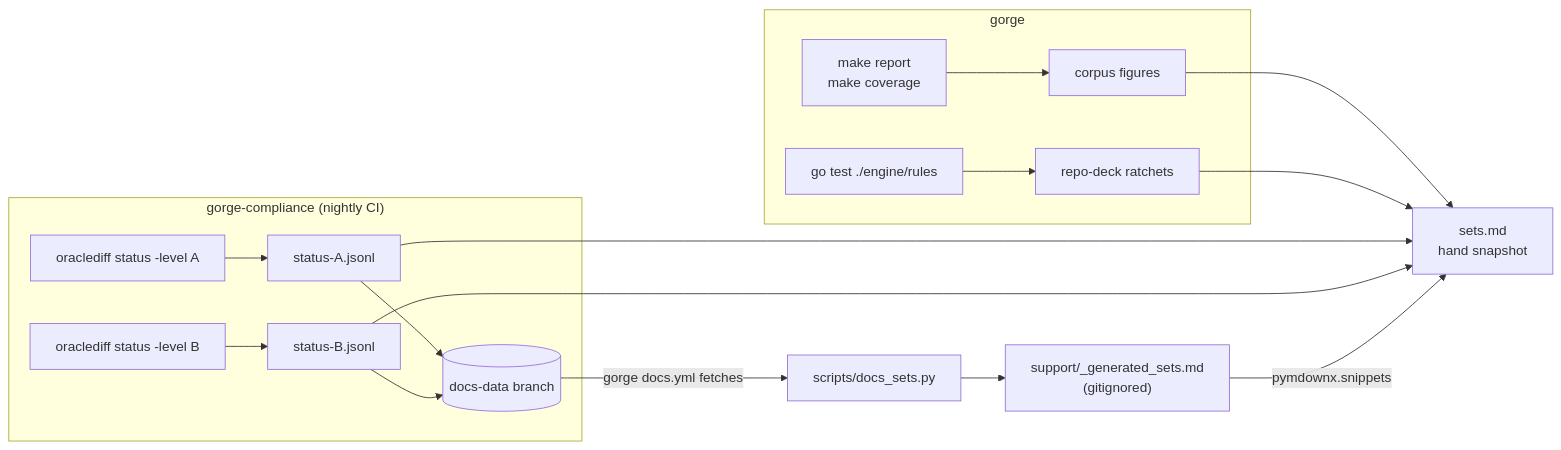
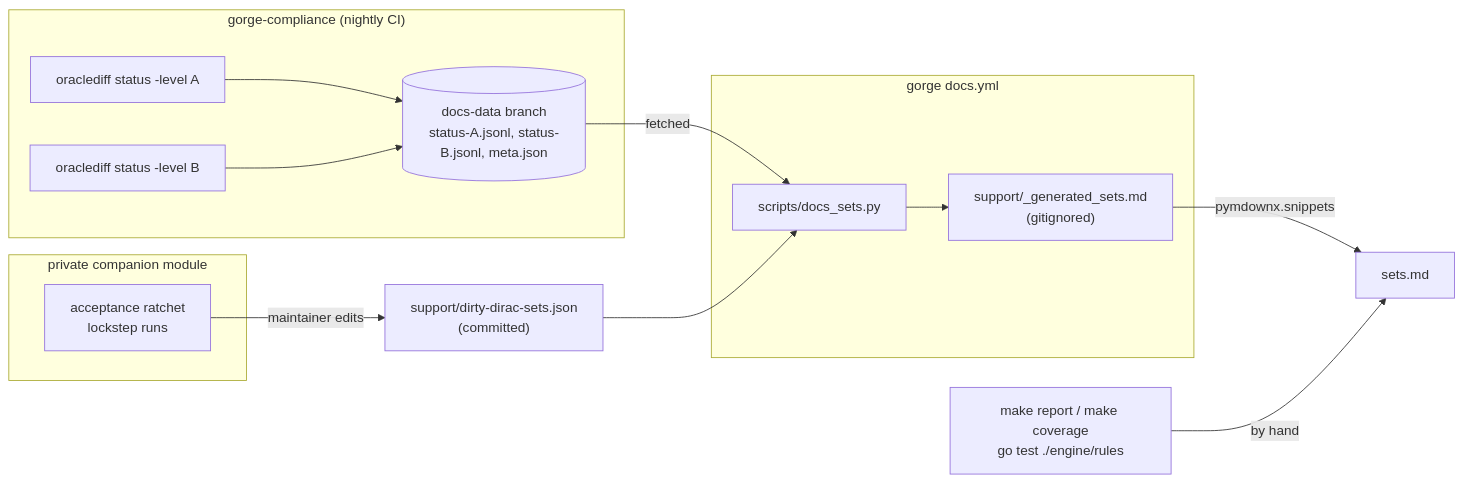
One commit to adams-shaun/gorge changed the diagram in docs/site/support/regenerating.md. Above: the diagram before and after it, drawn with Mermaid. The commit also changed other lines of this file and 6 other files, not shown here.

First line of the commit message:
docs(support): card coverage by engine and by set

````diff
--- a/docs/site/support/regenerating.md
+++ b/docs/site/support/regenerating.md
@@ -27,20 +22,18 @@
 ```mermaid
 flowchart LR
-  subgraph gorge
-    R["make report<br/>make coverage"] --> P1["corpus figures"]
-    T["go test ./engine/rules"] --> P2["repo-deck ratchets"]
+  subgraph gc["gorge-compliance (nightly CI)"]
+    SA["oraclediff status -level A"] --> DD[("docs-data branch<br/>status-A.jsonl, status-B.jsonl, meta.json")]
+    SB["oraclediff status -level B"] --> DD
   end
-  subgraph gorge-compliance["gorge-compliance (nightly CI)"]
-    SA["oraclediff status -level A"] --> JA["status-A.jsonl"]
-    SB["oraclediff status -level B"] --> JB["status-B.jsonl"]
-    JA --> DD[("docs-data branch")]
-    JB --> DD
+  subgraph priv["private companion module"]
+    RK["acceptance ratchet<br/>lockstep runs"]
   end
-  DD -->|"gorge docs.yml fetches"| DS["scripts/docs_sets.py"]
-  DS --> FR["support/_generated_sets.md<br/>(gitignored)"]
-  P1 --> H["sets.md<br/>hand snapshot"]
-  P2 --> H
-  JA --> H
-  JB --> H
-  FR -->|"pymdownx.snippets"| H
+  RK -->|"maintainer edits"| SNAP["support/dirty-dirac-sets.json<br/>(committed)"]
+  subgraph build["gorge docs.yml"]
+    DS["scripts/docs_sets.py"] --> FR["support/_generated_sets.md<br/>(gitignored)"]
+  end
+  DD -->|fetched| DS
+  SNAP --> DS
+  FR -->|"pymdownx.snippets"| SETS["sets.md"]
+  R["make report / make coverage<br/>go test ./engine/rules"] -->|"by hand"| SETS
 ```
````
